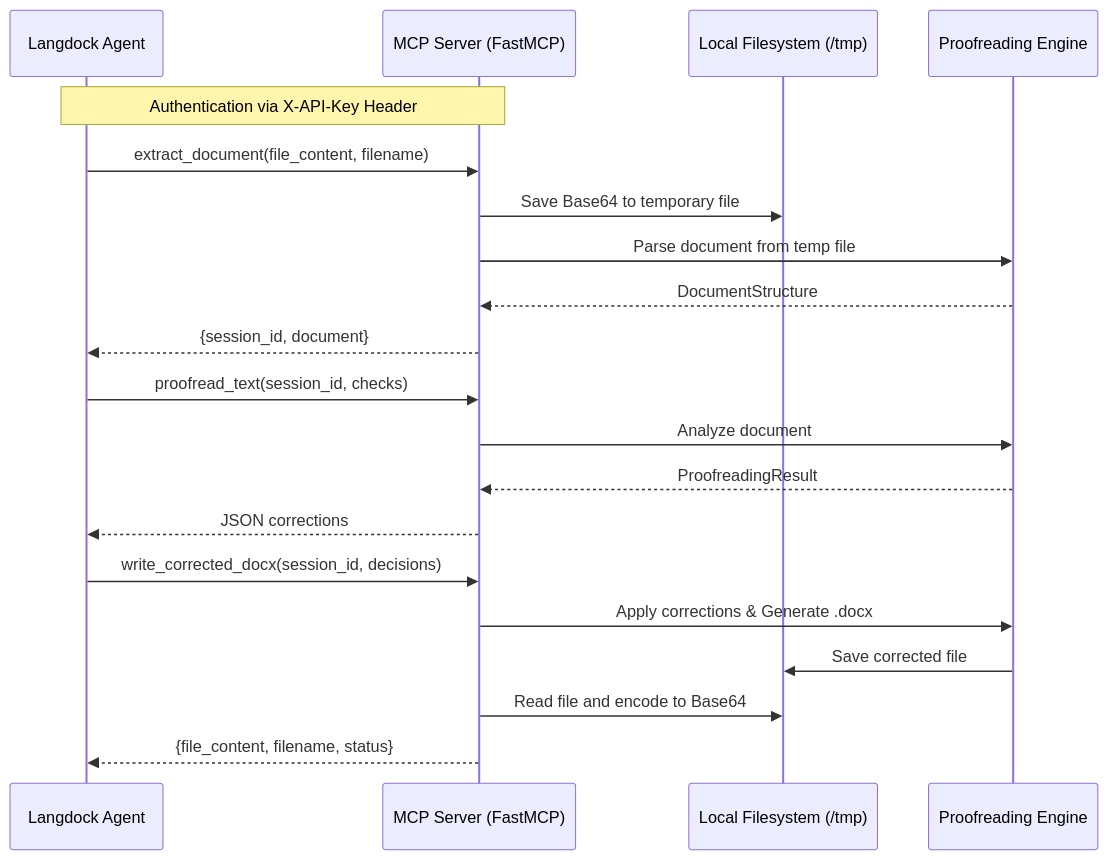
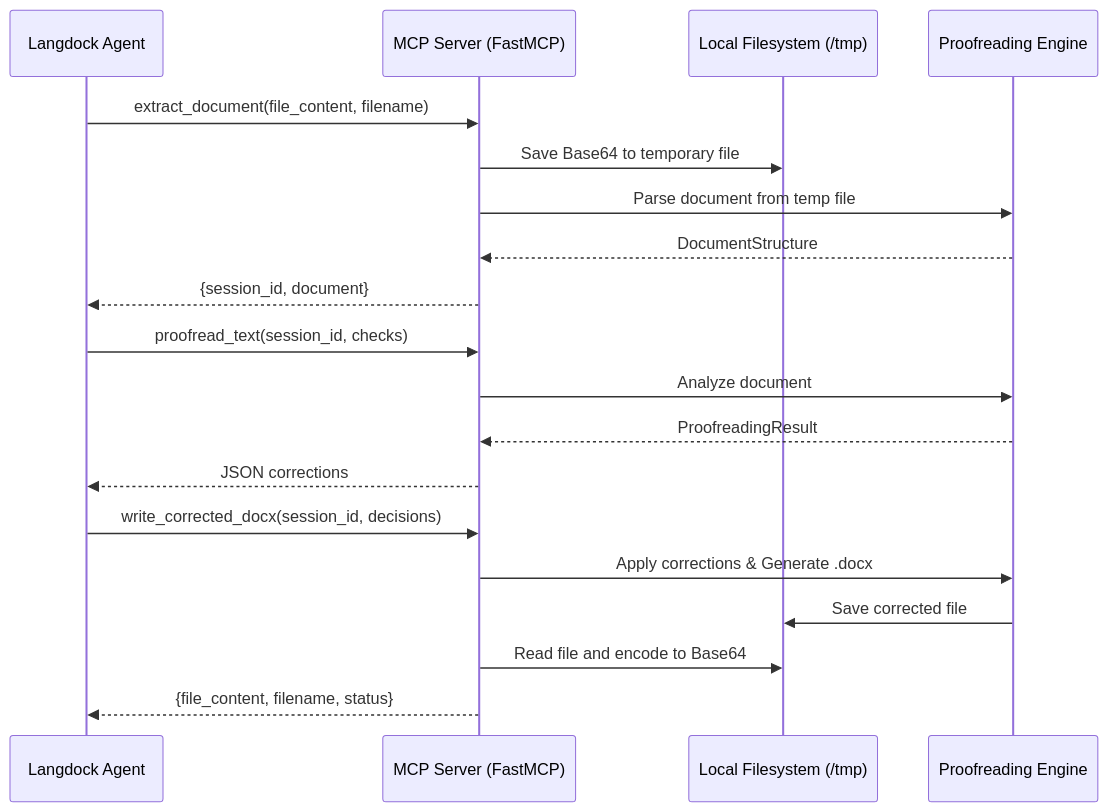
Before and after one commit to FritzSavira/mcp-lektor: the diagram in docs/tasks/DEV_TECH_DESIGN-0008-langdock-cloud-integration.md, drawn with Mermaid. The commit also changed other lines of this file and 12 other files, not shown here.

First line of the commit message:
Implement Base64 file handling and remove API Key authentication for Langdock cloud integration

````diff
--- a/docs/tasks/DEV_TECH_DESIGN-0008-langdock-cloud-integration.md
+++ b/docs/tasks/DEV_TECH_DESIGN-0008-langdock-cloud-integration.md
@@ -37,26 +35,24 @@
 ```mermaid
 sequenceDiagram
     participant Agent as Langdock Agent
     participant MCP as MCP Server (FastMCP)
     participant FS as Local Filesystem (/tmp)
     participant Core as Proofreading Engine
-
-    Note over Agent, MCP: Authentication via X-API-Key Header
 
     Agent->>MCP: extract_document(file_content, filename)
     MCP->>FS: Save Base64 to temporary file
     MCP->>Core: Parse document from temp file
     Core-->>MCP: DocumentStructure
     MCP-->>Agent: {session_id, document}
 
     Agent->>MCP: proofread_text(session_id, checks)
     MCP->>Core: Analyze document
     Core-->>MCP: ProofreadingResult
     MCP-->>Agent: JSON corrections
 
     Agent->>MCP: write_corrected_docx(session_id, decisions)
     MCP->>Core: Apply corrections & Generate .docx
     Core->>FS: Save corrected file
     MCP->>FS: Read file and encode to Base64
     MCP-->>Agent: {file_content, filename, status}
 ```
````
